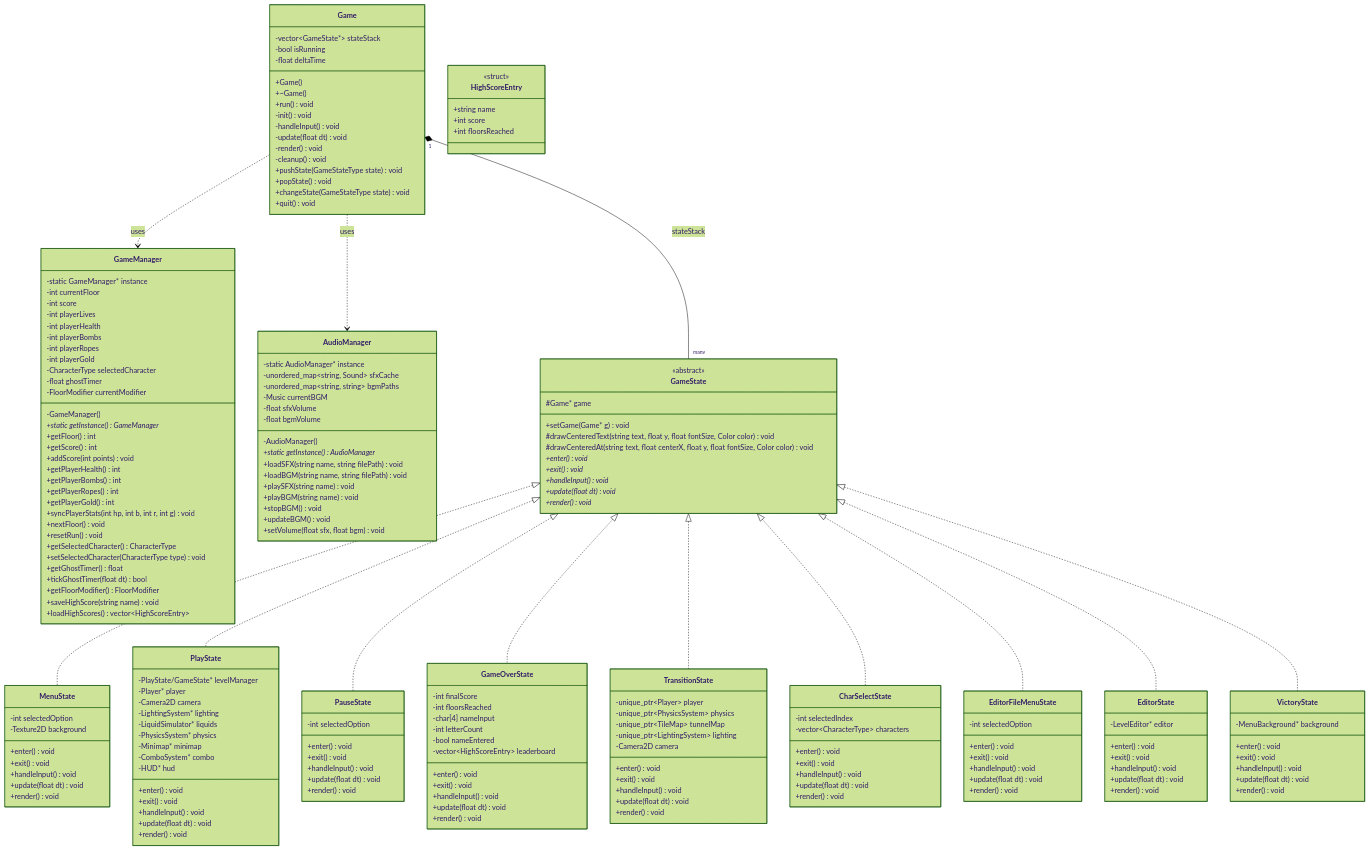
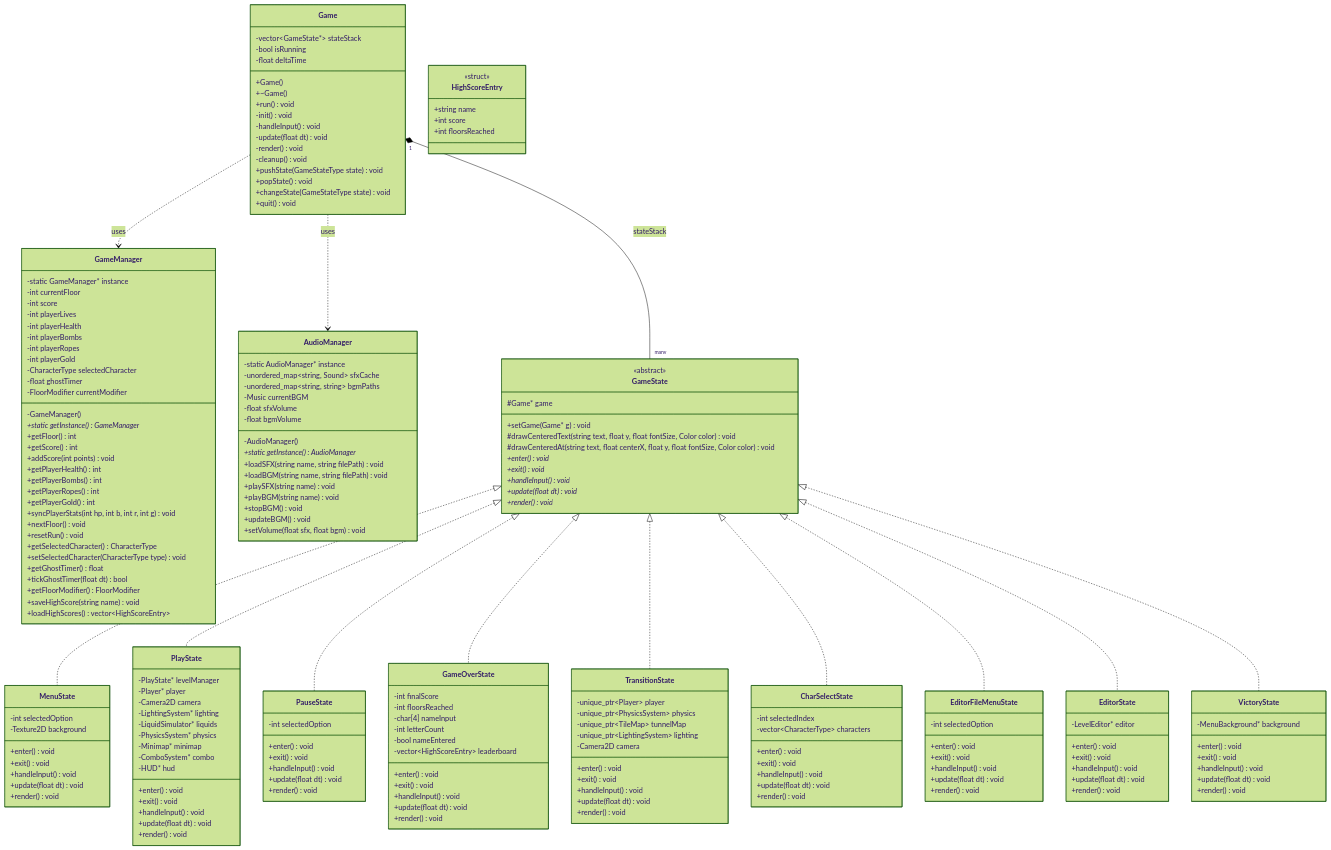
The first of 13 diagrams in project_plan.md (Gasmask-Chan/CS202-Cavern-Descent), drawn with Mermaid (forest theme) before and after one commit. The commit also changed other lines of this file and 10 other files, not shown here.

```diff
--- a/project_plan.md
+++ b/project_plan.md
@@ -406,7 +202,7 @@
     }
 
     class PlayState {
-        -PlayState/GameState* levelManager
+        -PlayState* levelManager
         -Player* player
         -Camera2D camera
         -LightingSystem* lighting
```
